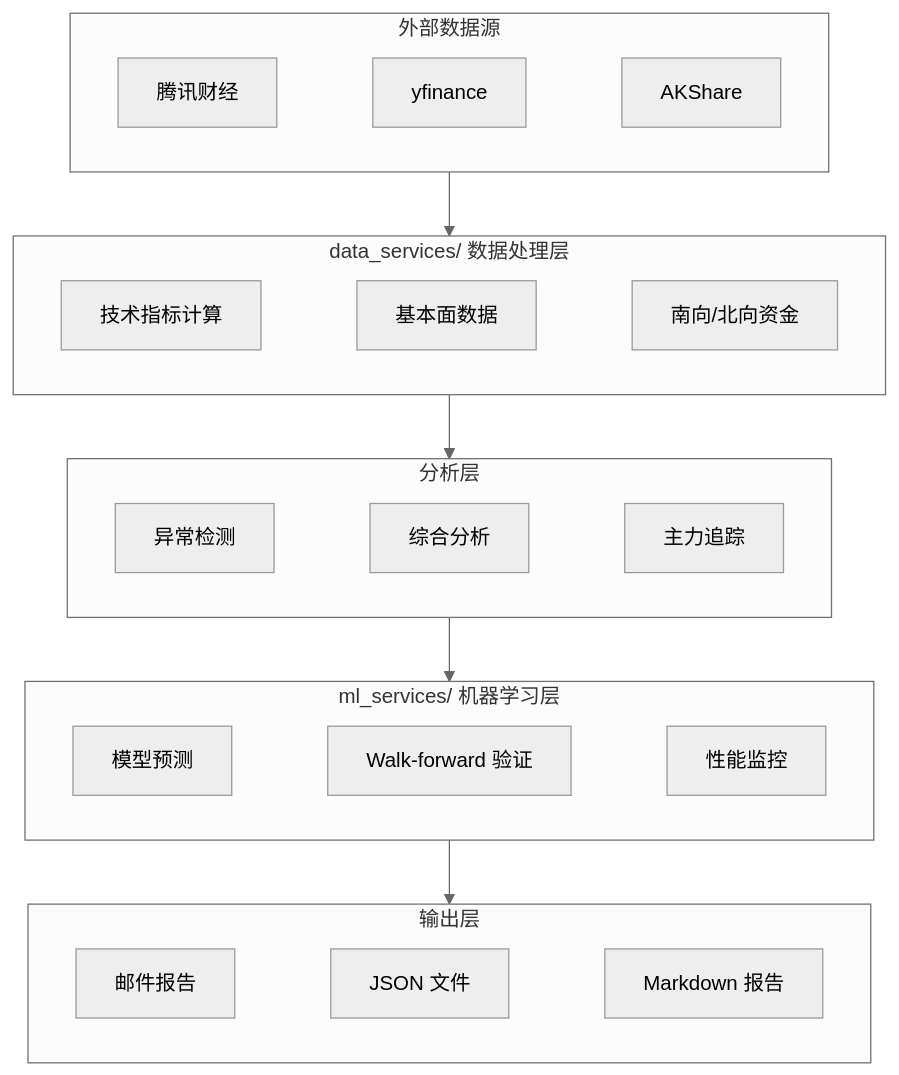
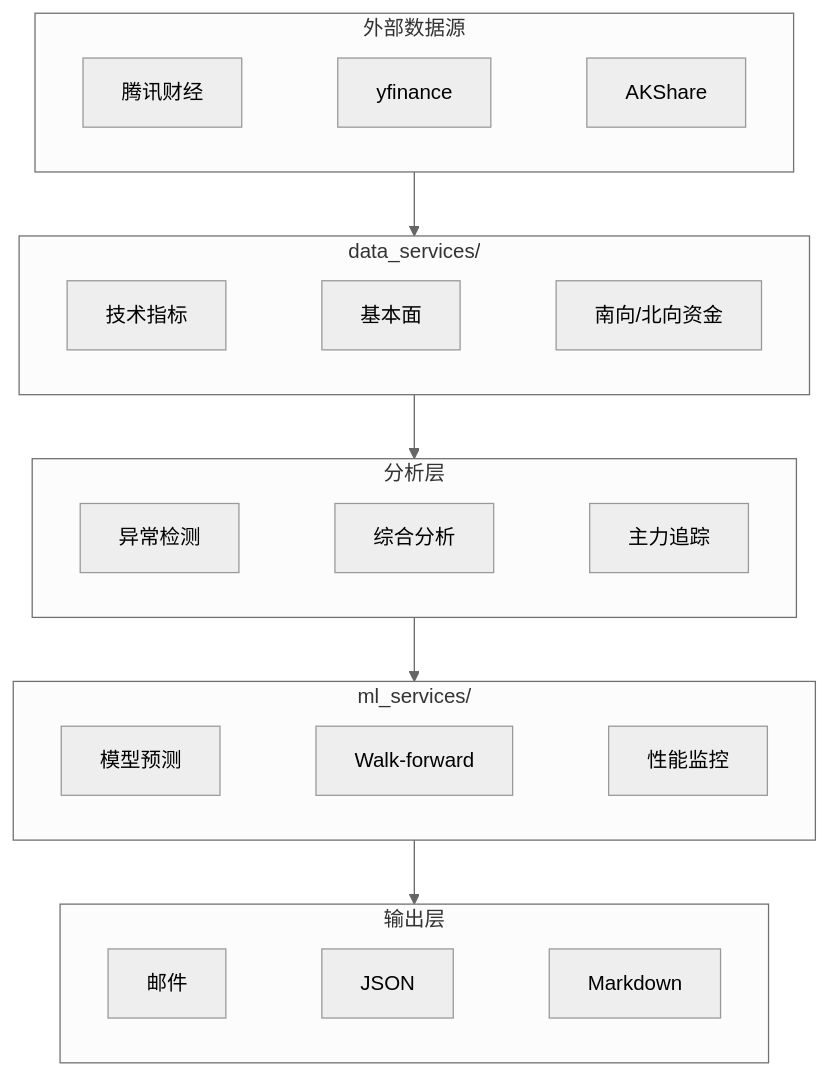
Before and after one commit to zqf20096327/ai_collect: the first of 2 diagrams in data/readmes/wonglaitung__fortune.md, drawn with Mermaid (neutral theme). The commit also changed other lines of this file and 1657 other files, not shown here.

````diff
--- a/data/readmes/wonglaitung__fortune.md
+++ b/data/readmes/wonglaitung__fortune.md
@@ -253,44 +186,24 @@
 ```mermaid
 flowchart TD
     subgraph SRC["外部数据源"]
         direction LR
-        S1["腾讯财经"]
-        S2["yfinance"]
-        S3["AKShare"]
-        S1 ~~~ S2 ~~~ S3
+        S1["腾讯财经"] ~~~ S2["yfinance"] ~~~ S3["AKShare"]
     end
-
-    subgraph DS["data_services/ 数据处理层"]
+    subgraph DS["data_services/"]
         direction LR
-        D1["技术指标计算"]
-        D2["基本面数据"]
-        D3["南向/北向资金"]
-        D1 ~~~ D2 ~~~ D3
+        D1["技术指标"] ~~~ D2["基本面"] ~~~ D3["南向/北向资金"]
     end
-
     subgraph AN["分析层"]
         direction LR
-        A1["异常检测"]
-        A2["综合分析"]
-        A3["主力追踪"]
-        A1 ~~~ A2 ~~~ A3
+        A1["异常检测"] ~~~ A2["综合分析"] ~~~ A3["主力追踪"]
     end
-
-    subgraph ML["ml_services/ 机器学习层"]
+    subgraph ML["ml_services/"]
         direction LR
-        M1["模型预测"]
-        M2["Walk-forward 验证"]
-        M3["性能监控"]
-        M1 ~~~ M2 ~~~ M3
+        M1["模型预测"] ~~~ M2["Walk-forward"] ~~~ M3["性能监控"]
     end
-
     subgraph OUT["输出层"]
         direction LR
-        O1["邮件报告"]
-        O2["JSON 文件"]
-        O3["Markdown 报告"]
-        O1 ~~~ O2 ~~~ O3
+        O1["邮件"] ~~~ O2["JSON"] ~~~ O3["Markdown"]
     end
-
     SRC --> DS --> AN --> ML --> OUT
 ```
````
